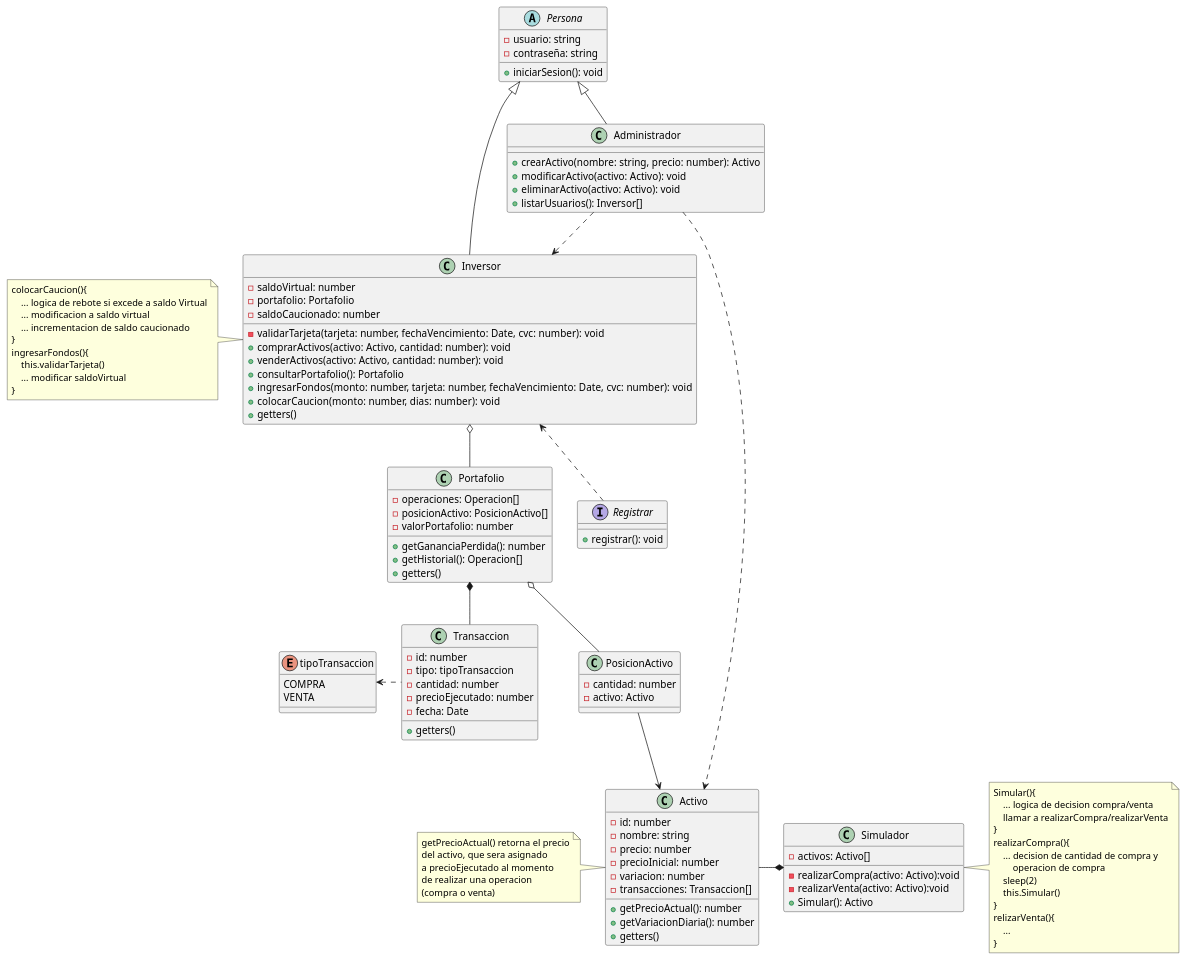
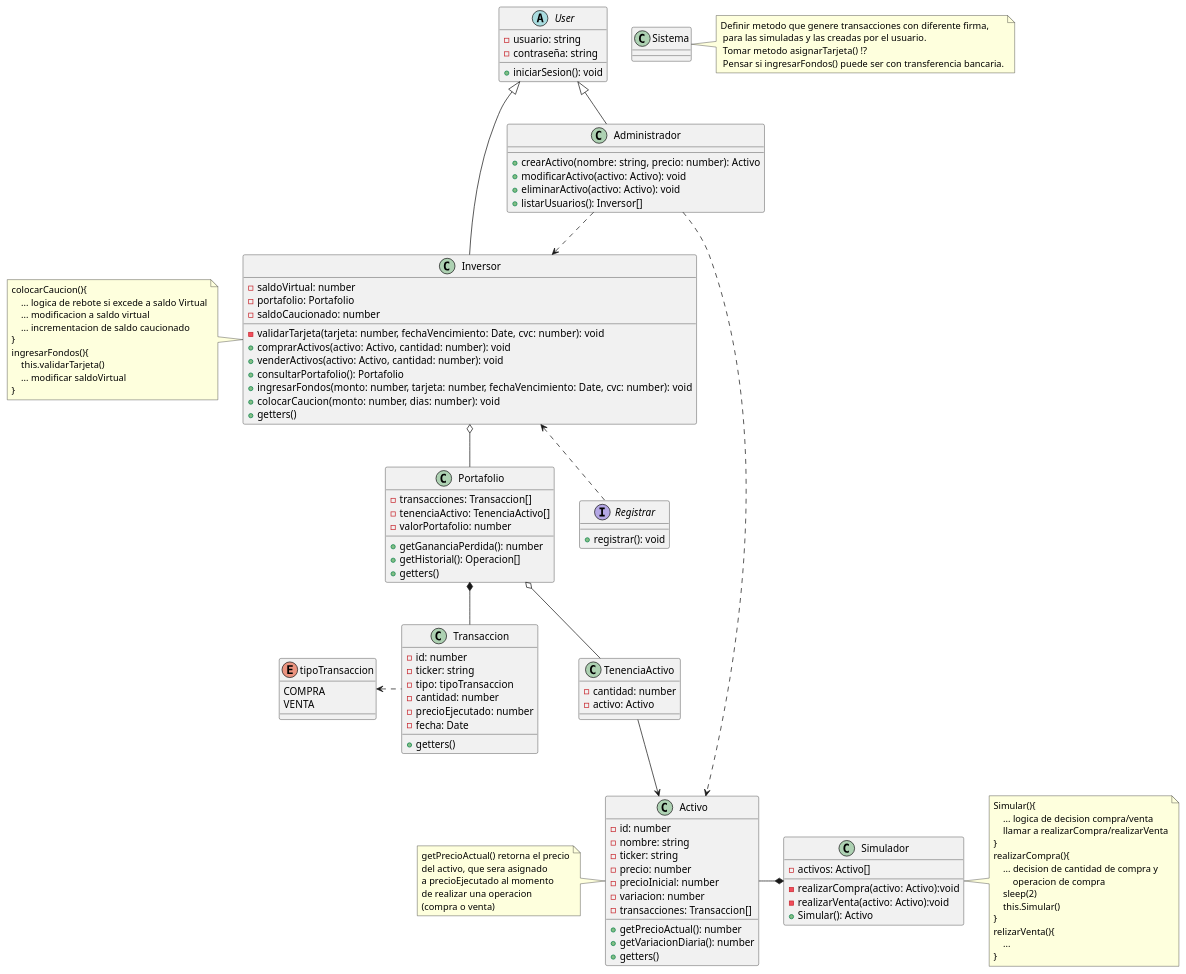
Before and after one commit to Nash-Blip/Simulador-de-Inversiones: the diagram in diagramas/diagrama_de_clases.puml, drawn with PlantUML.

Commit message:
Actualizacion diagrama de clases

```diff
--- a/diagramas/diagrama_de_clases.puml
+++ b/diagramas/diagrama_de_clases.puml
@@ -1,129 +1,140 @@
 @startuml name diagrama de clases
 
 enum tipoTransaccion{
     COMPRA
     VENTA
 }
 
-abstract class Persona{
+abstract class User{
     - usuario: string
     - contraseña: string
     + iniciarSesion(): void
 }
 
 interface Registrar{
     + registrar(): void
 }
 
-class Inversor extends Persona{
+class Inversor extends User{
     - saldoVirtual: number
     - portafolio: Portafolio
     - saldoCaucionado: number
 
     - validarTarjeta(tarjeta: number, fechaVencimiento: Date, cvc: number): void
     + comprarActivos(activo: Activo, cantidad: number): void
     + venderActivos(activo: Activo, cantidad: number): void
     + consultarPortafolio(): Portafolio
     + ingresarFondos(monto: number, tarjeta: number, fechaVencimiento: Date, cvc: number): void
     + colocarCaucion(monto: number, dias: number): void
     + getters()
 }
 
-class Administrador extends Persona{
+class Administrador extends User{
     + crearActivo(nombre: string, precio: number): Activo
     + modificarActivo(activo: Activo): void
     + eliminarActivo(activo: Activo): void
     + listarUsuarios(): Inversor[]
 }
 
 class Portafolio{
-    - operaciones: Operacion[]
-    - posicionActivo: PosicionActivo[]
+    - transacciones: Transaccion[]
+    - tenenciaActivo: TenenciaActivo[]
     - valorPortafolio: number
 
     + getGananciaPerdida(): number
     + getHistorial(): Operacion[]
     + getters()
 }
 
-class PosicionActivo{
+class TenenciaActivo{
     - cantidad: number
     - activo: Activo
 }
 
 class Activo{
     - id: number
     - nombre: string
+    - ticker: string
     - precio: number
     - precioInicial: number
     - variacion: number
     - transacciones: Transaccion[]
     + getPrecioActual(): number
     + getVariacionDiaria(): number
     + getters()
 }
 
 class Transaccion{
     - id: number
+    - ticker: string
     - tipo: tipoTransaccion
     - cantidad: number
     - precioEjecutado: number
     - fecha: Date
     + getters()
 }
 
 class Simulador{
     - activos: Activo[]
 
     - realizarCompra(activo: Activo):void
     - realizarVenta(activo: Activo):void
     + Simular(): Activo
 }
+
+class Sistema{}
+
+note right of Sistema
+    Definir metodo que genere transacciones con diferente firma,
+     para las simuladas y las creadas por el usuario.
+     Tomar metodo asignarTarjeta() !?
+     Pensar si ingresarFondos() puede ser con transferencia bancaria.
+end note
 
 note left of Activo
     getPrecioActual() retorna el precio
     del activo, que sera asignado
     a precioEjecutado al momento
     de realizar una operacion
     (compra o venta)
 end note
 
 note right of Simulador 
     Simular(){
         ... logica de decision compra/venta
         llamar a realizarCompra/realizarVenta
     }
     realizarCompra(){
         ... decision de cantidad de compra y 
             operacion de compra
         sleep(2)
         this.Simular()
     }
     relizarVenta(){
         ...
     }
 end note
 
 note left of Inversor 
     colocarCaucion(){
         ... logica de rebote si excede a saldo Virtual
         ... modificacion a saldo virtual
         ... incrementacion de saldo caucionado
     }
     ingresarFondos(){
         this.validarTarjeta()
         ... modificar saldoVirtual
     }
 end note
 
 Inversor o-- Portafolio 
 Portafolio *-- Transaccion
 Transaccion .l.> tipoTransaccion
 Administrador ..> Activo
-Portafolio o-- PosicionActivo
-PosicionActivo --> Activo
+Portafolio o-- TenenciaActivo
+TenenciaActivo --> Activo
 Administrador ..> Inversor
 Registrar .u.> Inversor
 Simulador *-l- Activo
 
 @enduml
```
